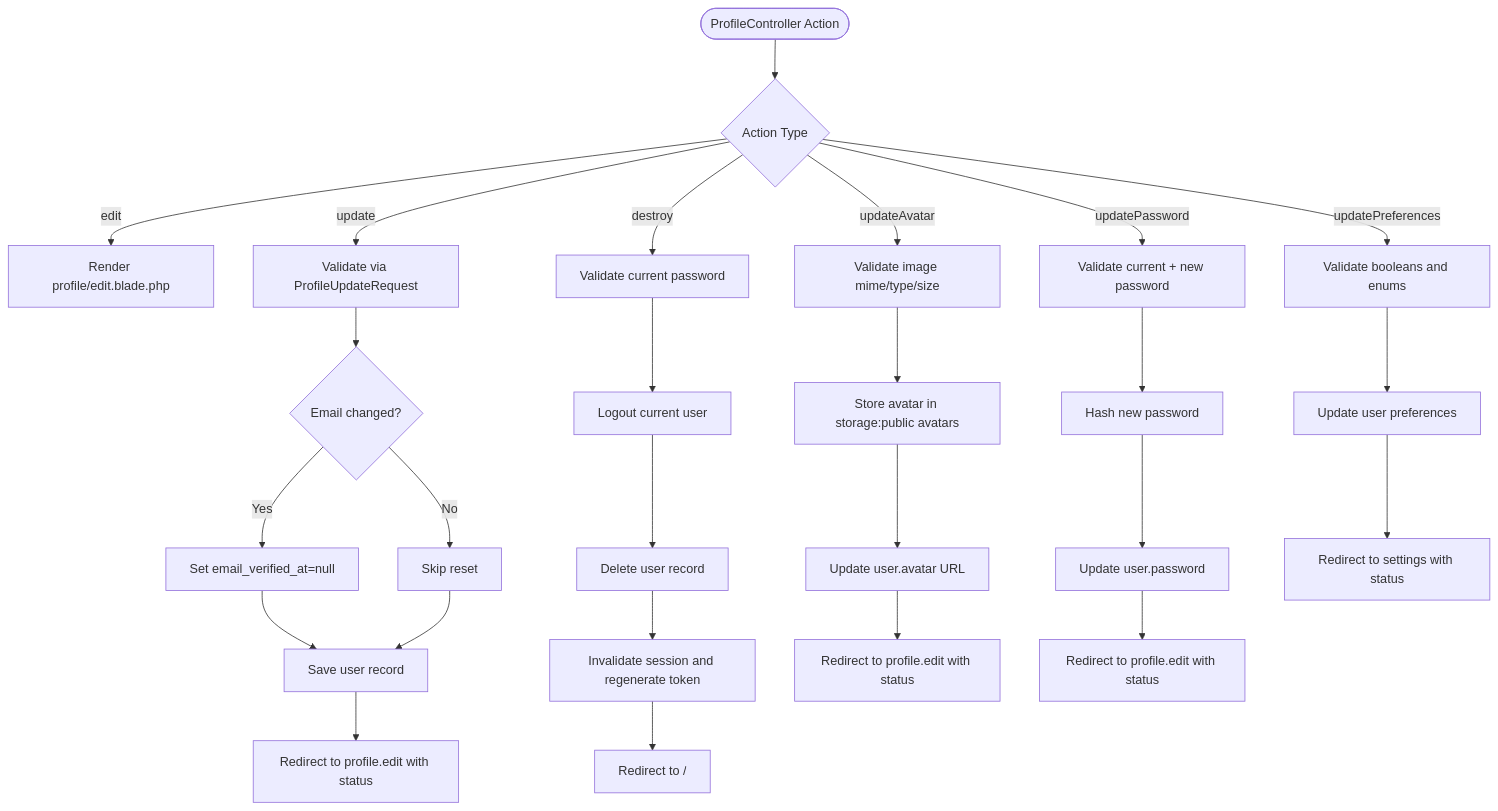
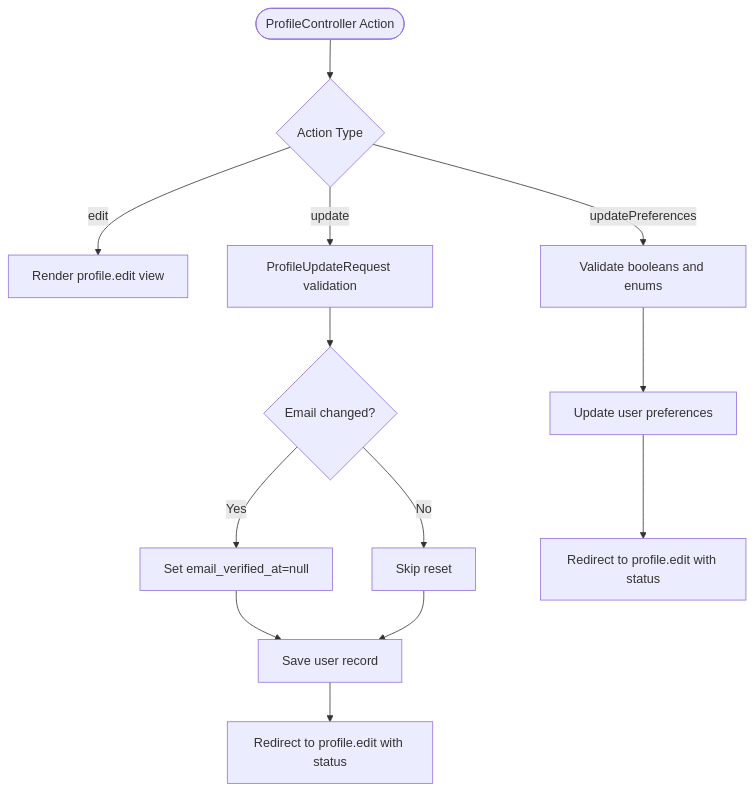
Before and after one commit to VenokM05/Travel_Project: the third of 6 diagrams in .qoder/repowiki/en/content/User Management.md, drawn with Mermaid. The commit also changed other lines of this file and 12 other files, not shown here.

````diff
--- a/.qoder/repowiki/en/content/User Management.md
+++ b/.qoder/repowiki/en/content/User Management.md
@@ -181,28 +145,15 @@
 ```mermaid
 flowchart TD
 Start(["ProfileController Action"]) --> Choice{"Action Type"}
-Choice --> |edit| RenderEdit["Render profile/edit.blade.php"]
-Choice --> |update| ValidateProfile["Validate via ProfileUpdateRequest"]
+Choice --> |edit| RenderEdit["Render profile.edit view"]
+Choice --> |update| ValidateProfile["ProfileUpdateRequest validation"]
 ValidateProfile --> DirtyEmail{"Email changed?"}
 DirtyEmail --> |Yes| ResetEmail["Set email_verified_at=null"]
 DirtyEmail --> |No| SkipReset["Skip reset"]
 ResetEmail --> SaveUser["Save user record"]
 SkipReset --> SaveUser
 SaveUser --> RedirectEdit["Redirect to profile.edit with status"]
-Choice --> |destroy| ValidatePassword["Validate current password"]
-ValidatePassword --> Logout["Logout current user"]
-Logout --> DeleteUser["Delete user record"]
-DeleteUser --> InvalidateSession["Invalidate session and regenerate token"]
-InvalidateSession --> RedirectHome["Redirect to /"]
-Choice --> |updateAvatar| ValidateImage["Validate image mime/type/size"]
-ValidateImage --> StoreAvatar["Store avatar in storage:public avatars"]
-StoreAvatar --> SaveUrl["Update user.avatar URL"]
-SaveUrl --> RedirectAvatar["Redirect to profile.edit with status"]
-Choice --> |updatePassword| ValidatePass["Validate current + new password"]
-ValidatePass --> HashPass["Hash new password"]
-HashPass --> SavePass["Update user.password"]
-SavePass --> RedirectPass["Redirect to profile.edit with status"]
 Choice --> |updatePreferences| ValidatePrefs["Validate booleans and enums"]
 ValidatePrefs --> SavePrefs["Update user preferences"]
-SavePrefs --> RedirectPrefs["Redirect to settings with status"]
+SavePrefs --> RedirectPrefs["Redirect to profile.edit with status"]
 ```
````
